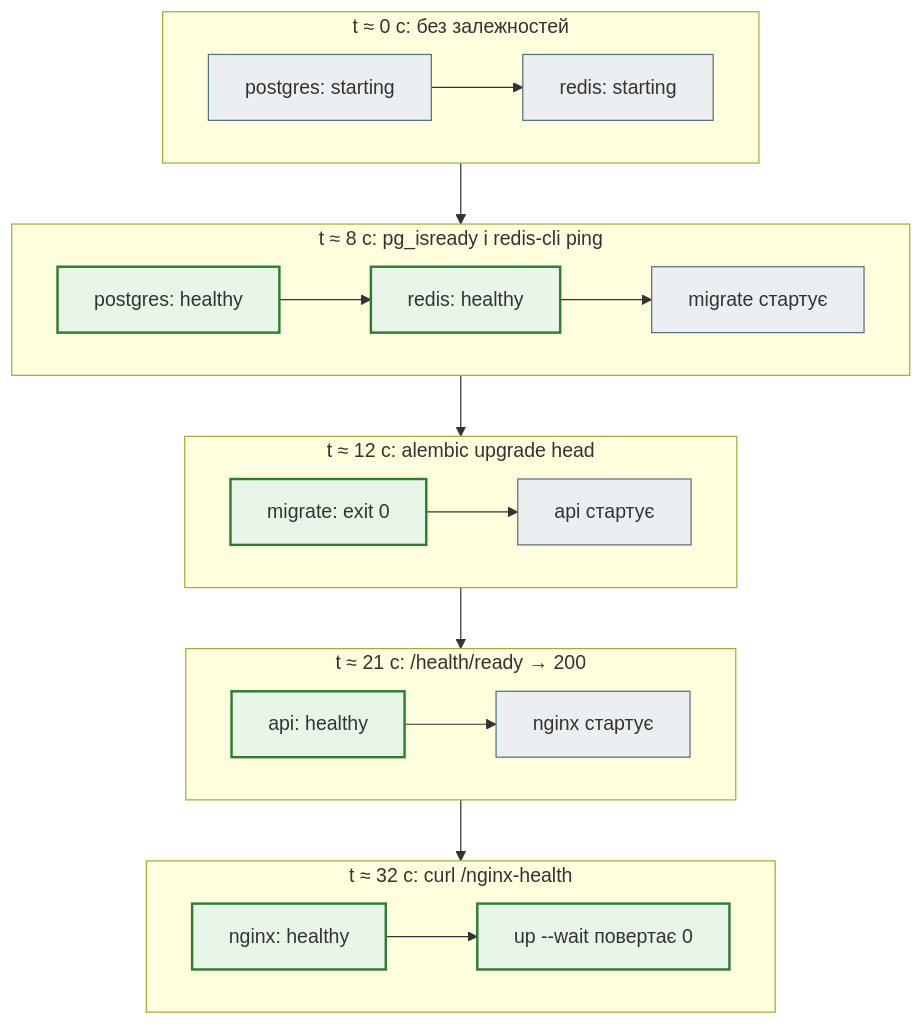
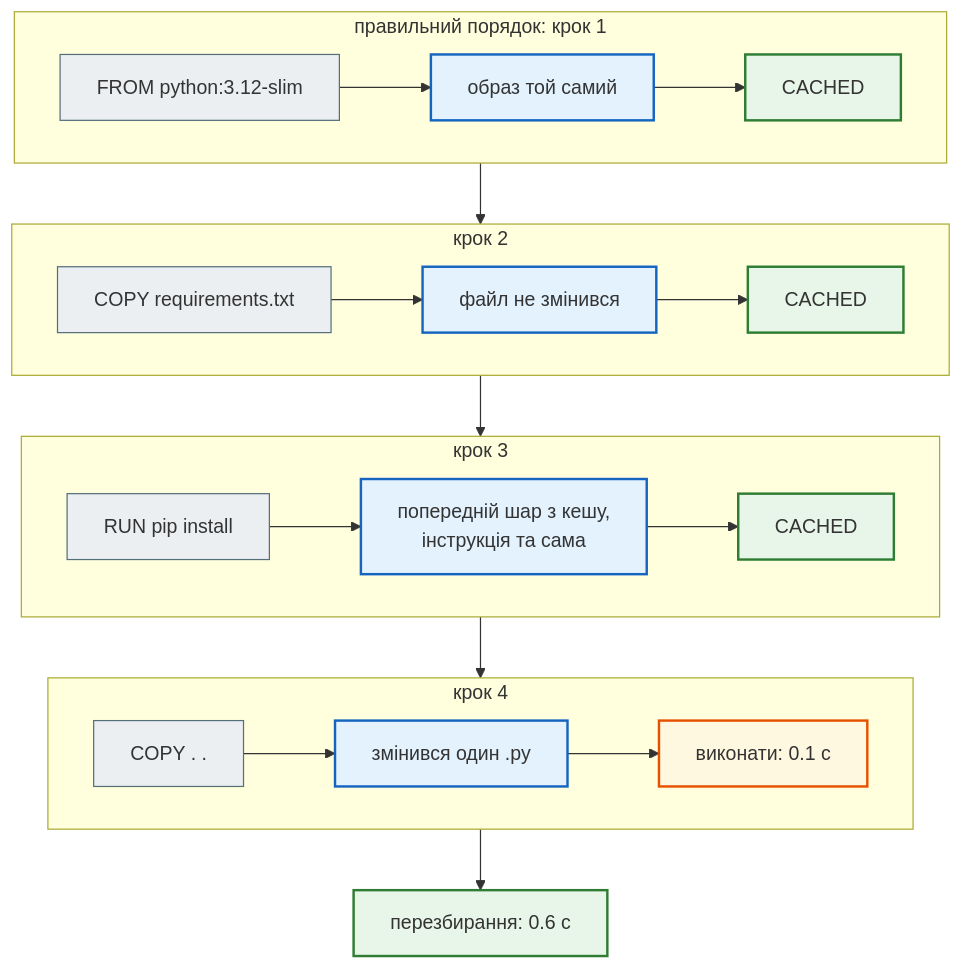
The first of 5 diagrams in docs/modules/m5/lesson_49.md (AlinaRadchenko/PY-Course-Victor-Nikoriak-22-09-2026), drawn with Mermaid before and after one commit. The commit also changed other lines of this file and 1846 other files, not shown here.

````diff
--- a/docs/modules/m5/lesson_49.md
+++ b/docs/modules/m5/lesson_49.md
@@ -158,34 +180,33 @@
 ```mermaid
 flowchart TD
     classDef step     fill:#eceff1,stroke:#546e7a,stroke-width:1px;
     classDef decision fill:#e3f2fd,stroke:#1565c0,stroke-width:2px;
     classDef success  fill:#e8f5e9,stroke:#2e7d32,stroke-width:2px;
     classDef error    fill:#ffebee,stroke:#c62828,stroke-width:3px;
     classDef warning  fill:#fff8e1,stroke:#e65100,stroke-width:2px;
 
-    subgraph T1["t ≈ 0 с: без залежностей"]
+    subgraph A1["правильний порядок: крок 1"]
         direction LR
-        P1["postgres: starting"] --> R1["redis: starting"]
+        A1a["FROM python:3.12-slim"] --> A1b["образ той самий"] --> A1c["CACHED"]
     end
-    subgraph T2["t ≈ 8 с: pg_isready і redis-cli ping"]
+    subgraph A2["крок 2"]
         direction LR
-        P2["postgres: healthy"] --> R2["redis: healthy"] --> M2["migrate стартує"]
+        A2a["COPY requirements.txt"] --> A2b["файл не змінився"] --> A2c["CACHED"]
     end
-    subgraph T3["t ≈ 12 с: alembic upgrade head"]
+    subgraph A3["крок 3"]
         direction LR
-        M3["migrate: exit 0"] --> A3["api стартує"]
+        A3a["RUN pip install"] --> A3b["попередній шар з кешу,<br>інструкція та сама"] --> A3c["CACHED"]
     end
-    subgraph T4["t ≈ 21 с: /health/ready → 200"]
+    subgraph A4["крок 4"]
         direction LR
-        A4["api: healthy"] --> N4["nginx стартує"]
+        A4a["COPY . ."] --> A4b["змінився один .py"] --> A4c["виконати: 0.1 с"]
     end
-    subgraph T5["t ≈ 32 с: curl /nginx-health"]
-        direction LR
-        N5["nginx: healthy"] --> W5["up --wait повертає 0"]
-    end
-    T1 --> T2 --> T3 --> T4 --> T5
+    R1["перезбирання: 0.6 с"]
+    A1 --> A2 --> A3 --> A4 --> R1
 
-    class P1,R1,M2,A3,N4 step
-    class P2,R2,M3,A4,N5 success
-    class W5 success
+    class A1a,A2a,A3a,A4a step
+    class A1b,A2b,A3b,A4b decision
+    class A1c,A2c,A3c success
+    class A4c warning
+    class R1 success
 ```
````
